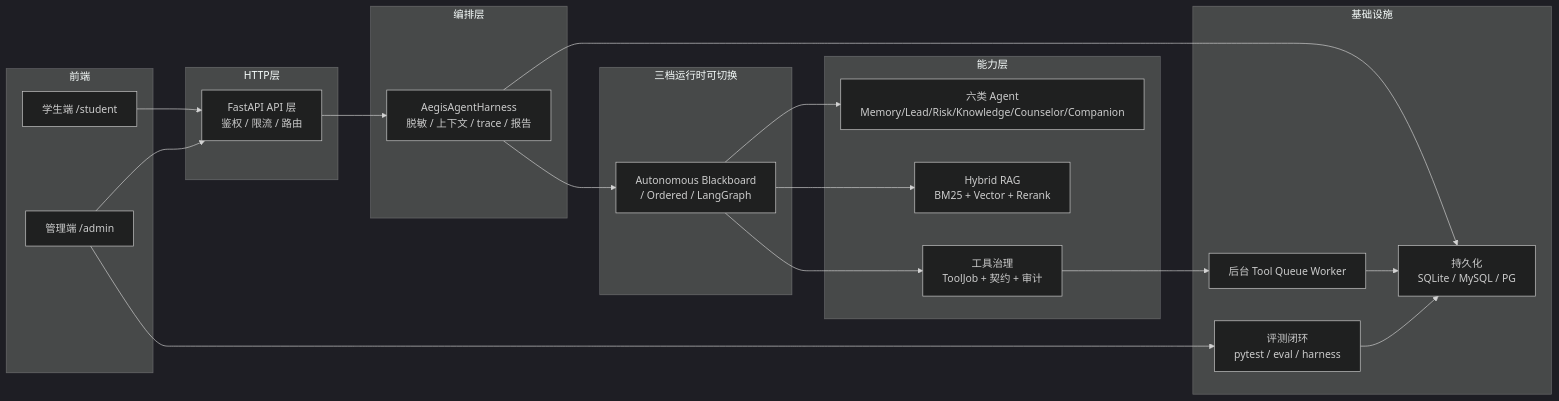
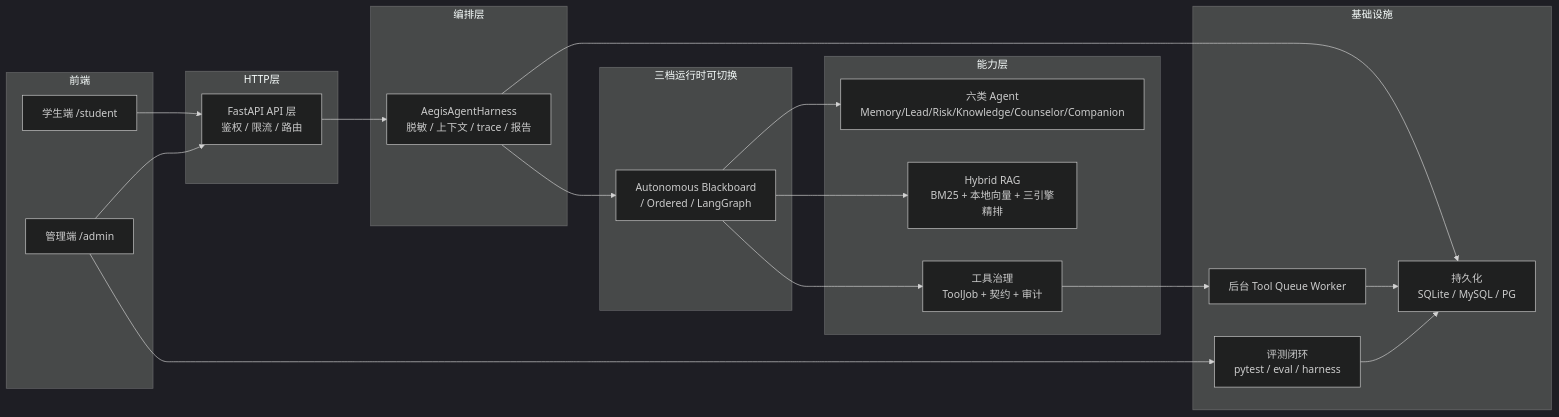
The first of 4 diagrams in Aegis项目逐文件学习指南.md (shangguanyunji663/Aegis-agent), drawn with Mermaid (dark theme) before and after one commit. The commit also changed other lines of this file and 5 other files, not shown here.

First line of the commit message:
docs: README 门面优化 + 界面截图 + 学习指南第二十一轮逐行审计

````diff
--- a/Aegis项目逐文件学习指南.md
+++ b/Aegis项目逐文件学习指南.md
@@ -208,39 +208,39 @@
 ```mermaid
 flowchart LR
     subgraph 前端
       Student["学生端 /student"]
       Admin["管理端 /admin"]
     end
     subgraph HTTP层
       API["FastAPI API 层<br/>鉴权 / 限流 / 路由"]
     end
     subgraph 编排层
       Harness["AegisAgentHarness<br/>脱敏 / 上下文 / trace / 报告"]
     end
     subgraph 运行时层[三档运行时可切换]
       Runtime["Autonomous Blackboard<br/>/ Ordered / LangGraph"]
     end
     subgraph 能力层
       Agents["六类 Agent<br/>Memory/Lead/Risk/Knowledge/Counselor/Companion"]
-      RAG["Hybrid RAG<br/>BM25 + Vector + Rerank"]
+      RAG["Hybrid RAG<br/>BM25 + 本地向量 + 三引擎精排"]
       Tools["工具治理<br/>ToolJob + 契约 + 审计"]
     end
     subgraph 基础设施
       Store["持久化<br/>SQLite / MySQL / PG"]
       Queue["后台 Tool Queue Worker"]
       Eval["评测闭环<br/>pytest / eval / harness"]
     end
 
     Student --> API
     Admin --> API
     API --> Harness
     Harness --> Runtime
     Runtime --> Agents
     Runtime --> RAG
     Runtime --> Tools
     Harness --> Store
     Tools --> Queue
     Queue --> Store
     Admin --> Eval
     Eval --> Store
 ```
````
